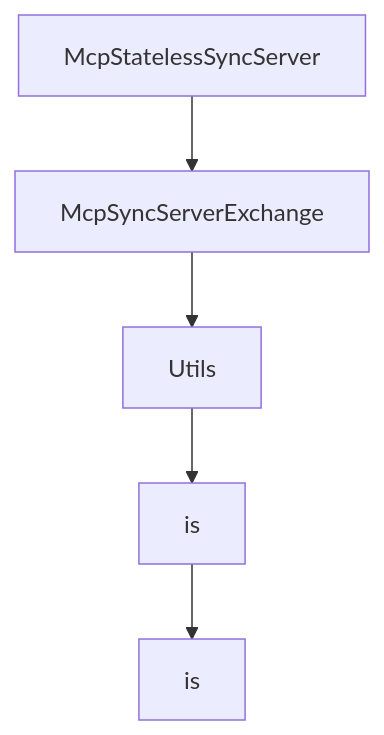
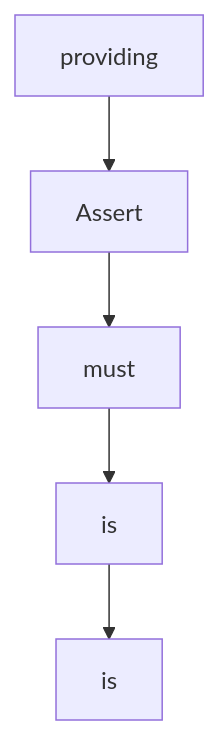
Before and after one commit to johnxie/awesome-code-docs: the diagram in tutorials/mcp-java-sdk-tutorial/07-conformance-testing-and-quality-workflows.md, drawn with Mermaid. The commit also changed other lines of this file and 1232 other files, not shown here.

````diff
--- a/tutorials/mcp-java-sdk-tutorial/07-conformance-testing-and-quality-workflows.md
+++ b/tutorials/mcp-java-sdk-tutorial/07-conformance-testing-and-quality-workflows.md
@@ -213,12 +211,12 @@
 ```mermaid
 flowchart TD
-    A[McpStatelessSyncServer]
-    B[McpSyncServerExchange]
-    C[Utils]
+    A[providing]
+    B[Assert]
+    C[must]
     D[is]
     E[is]
     A --> B
     B --> C
     C --> D
     D --> E
 ```
````
